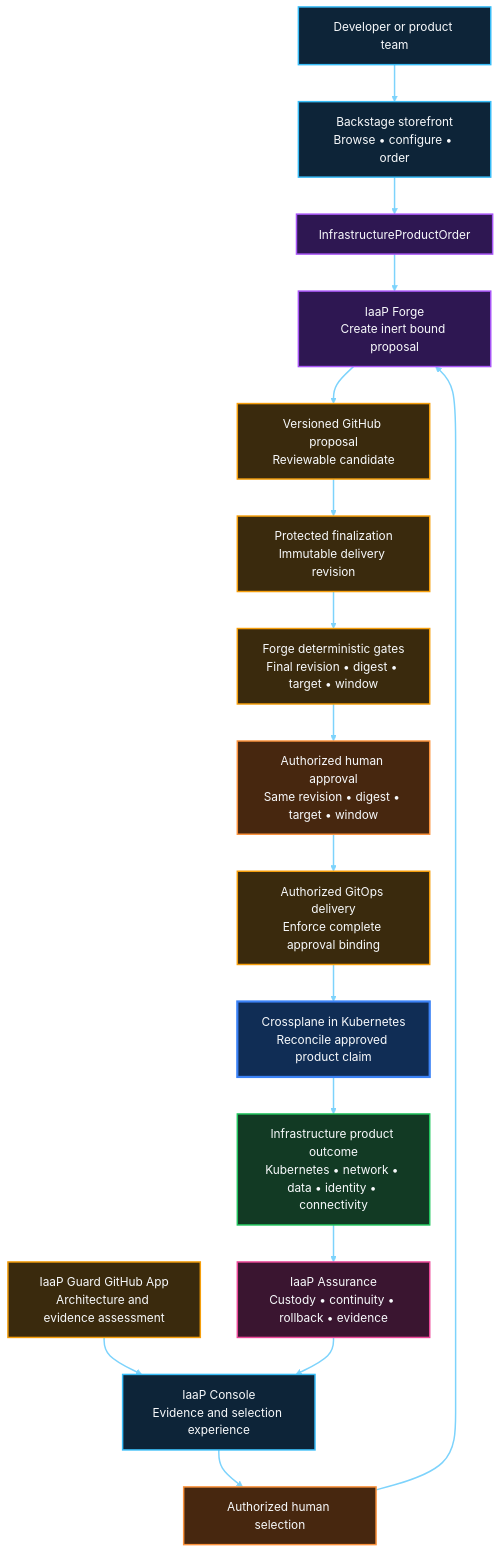
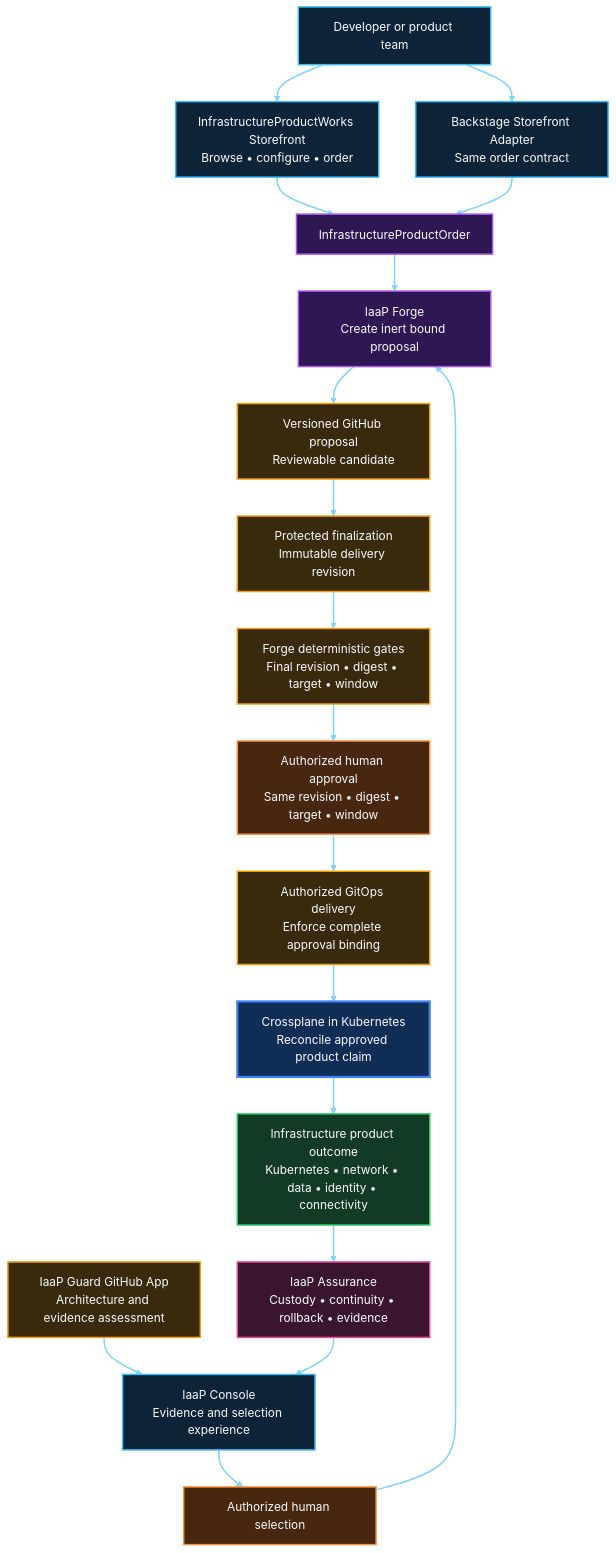
The first of 5 diagrams in docs/PRODUCT-ARCHITECTURE.md (InfrastructureProductWorks/ai-powered-infrastructure-as-a-product), drawn with Mermaid before and after one commit. The commit also changed other lines of this file and 6 other files, not shown here.

First line of the commit message:
Docs: make first-class Storefront and drive-thru experience explicit

````diff
--- a/docs/PRODUCT-ARCHITECTURE.md
+++ b/docs/PRODUCT-ARCHITECTURE.md
@@ -10,51 +10,54 @@
 ```mermaid
 flowchart TB
   DEV["Developer or product team"]
-  STORE["Backstage storefront<br/>Browse • configure • order"]
+  STORE["InfrastructureProductWorks Storefront<br/>Browse • configure • order"]
+  BS["Backstage Storefront Adapter<br/>Same order contract"]
   ORDER["InfrastructureProductOrder"]
   GUARD["IaaP Guard GitHub App<br/>Architecture and evidence assessment"]
   CONSOLE["IaaP Console<br/>Evidence and selection experience"]
   SELECT["Authorized human selection"]
   FORGE["IaaP Forge<br/>Create inert bound proposal"]
   REVISION["Versioned GitHub proposal<br/>Reviewable candidate"]
   FINAL["Protected finalization<br/>Immutable delivery revision"]
   VALIDATE["Forge deterministic gates<br/>Final revision • digest • target • window"]
   APPROVE["Authorized human approval<br/>Same revision • digest • target • window"]
   DELIVERY["Authorized GitOps delivery<br/>Enforce complete approval binding"]
   CONTROL["Crossplane in Kubernetes<br/>Reconcile approved product claim"]
   OUTCOME["Infrastructure product outcome<br/>Kubernetes • network • data • identity • connectivity"]
   ASSURE["IaaP Assurance<br/>Custody • continuity • rollback • evidence"]
 
   DEV --> STORE
+  DEV --> BS
   STORE --> ORDER
+  BS --> ORDER
   GUARD --> CONSOLE
   CONSOLE --> SELECT
   ORDER --> FORGE
   SELECT --> FORGE
   FORGE --> REVISION
   REVISION --> FINAL
   FINAL --> VALIDATE
   VALIDATE --> APPROVE
   APPROVE --> DELIVERY
   DELIVERY --> CONTROL
   CONTROL --> OUTCOME
   OUTCOME --> ASSURE
   ASSURE --> CONSOLE
 
   classDef experience fill:#0D2438,stroke:#38BDF8,stroke-width:2px,color:#F8FAFC
   classDef product fill:#2E1752,stroke:#A855F7,stroke-width:2px,color:#F8FAFC
   classDef governance fill:#3A2A0D,stroke:#F59E0B,stroke-width:2px,color:#F8FAFC
   classDef human fill:#47270F,stroke:#FB923C,stroke-width:2px,color:#F8FAFC
   classDef control fill:#102D55,stroke:#3B82F6,stroke-width:3px,color:#F8FAFC
   classDef outcome fill:#123A24,stroke:#22C55E,stroke-width:2px,color:#F8FAFC
   classDef evidence fill:#3A1530,stroke:#EC4899,stroke-width:2px,color:#F8FAFC
-  class DEV,STORE,CONSOLE experience
+  class DEV,STORE,BS,CONSOLE experience
   class ORDER,FORGE product
   class GUARD,REVISION,FINAL,VALIDATE governance
   class SELECT,APPROVE human
   class DELIVERY governance
   class CONTROL control
   class OUTCOME outcome
   class ASSURE evidence
   linkStyle default stroke:#7DD3FC,stroke-width:2px
 ```
````
